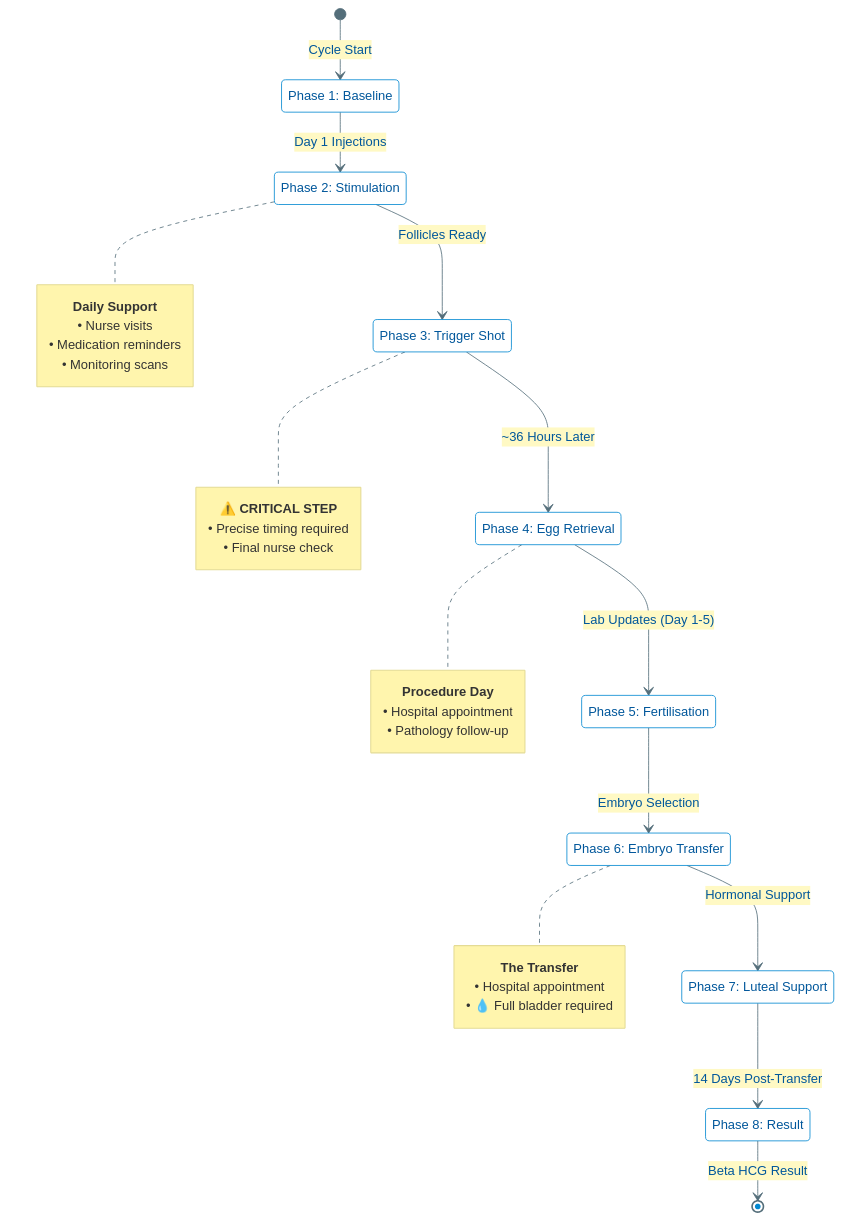
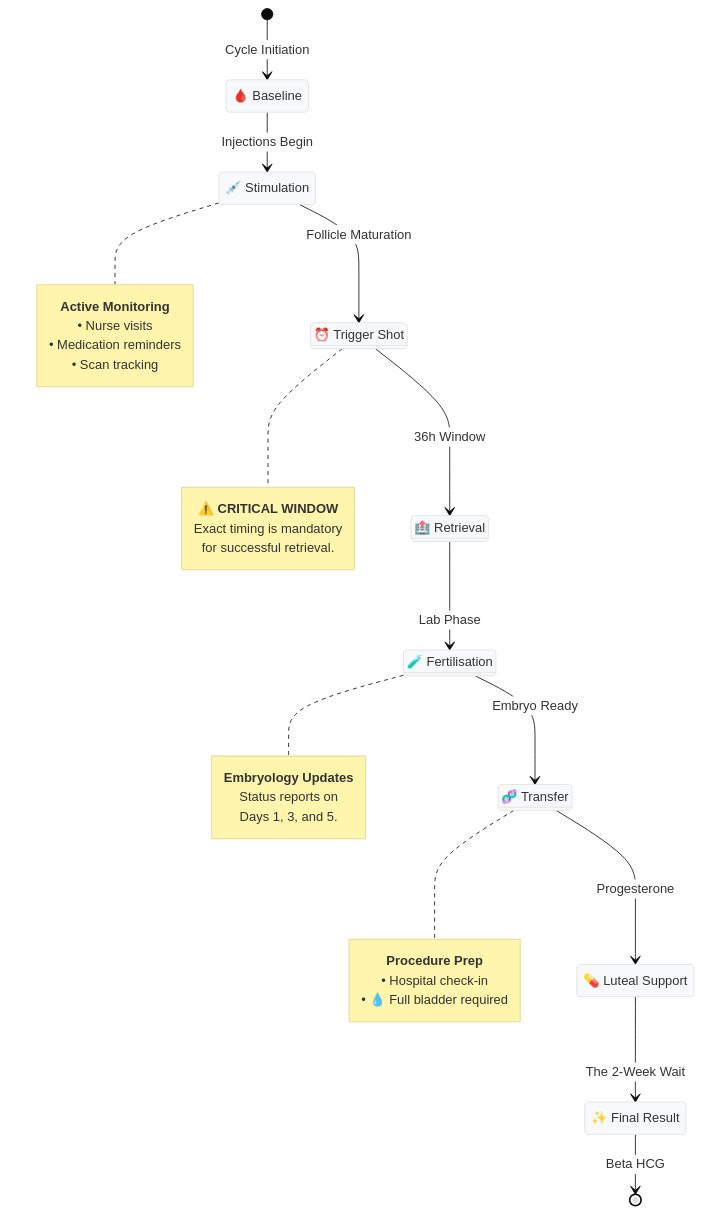
Before and after one commit to khaiwalVikrant/ivf-care-platform: the second of 5 diagrams in README.md, drawn with Mermaid.

Commit message:
fix: update readme.md related to ivf cycle stage

````diff
--- a/README.md
+++ b/README.md
@@ -69,66 +69,65 @@
 ```mermaid
 %%{init: {
   'theme': 'base',
   'themeVariables': {
-    'primaryColor': '#e1f5fe',
-    'primaryTextColor': '#01579b',
-    'primaryBorderColor': '#0288d1',
-    'lineColor': '#546e7a',
-    'secondaryColor': '#fff9c4',
-    'tertiaryColor': '#eceff1',
-    'mainBkg': '#ffffff',
-    'nodeBorder': '#0288d1'
+    'primaryColor': '#f8f9fa',
+    'edgeLabelBackground':'#ffffff',
+    'tertiaryColor': '#fdfdfe'
   }
 } }%%
 
 stateDiagram-v2
     direction TB
 
-    state "Phase 1: Baseline" as Baseline
-    state "Phase 2: Stimulation" as Stimulation
-    state "Phase 3: Trigger Shot" as Trigger
-    state "Phase 4: Egg Retrieval" as Retrieval
-    state "Phase 5: Fertilisation" as Fertilisation
-    state "Phase 6: Embryo Transfer" as Transfer
-    state "Phase 7: Luteal Support" as LutealSupport
-    state "Phase 8: Result" as PregnancyTest
+    %% Global Styling
+    classDef critical fill:#fff3e0,stroke:#ef6c00,stroke-width:2px,color:#e65100,font-weight:bold
+    classDef medical fill:#e3f2fd,stroke:#1565c0,stroke-width:2px,color:#0d47a1
+    classDef lab fill:#f3e5f5,stroke:#7b1fa2,stroke-width:2px,color:#4a148c
 
-    [*] --> Baseline: Cycle Start
+    state "🩸 Baseline" as Baseline
+    state "💉 Stimulation" as Stimulation
+    state "⏰ Trigger Shot" as Trigger :::critical
+    state "🏥 Retrieval" as Retrieval :::medical
+    state "🧪 Fertilisation" as Fertilisation :::lab
+    state "🧬 Transfer" as Transfer :::medical
+    state "💊 Luteal Support" as LutealSupport
+    state "✨ Final Result" as PregnancyTest
+
+    [*] --> Baseline: Cycle Initiation
     
-    Baseline --> Stimulation: Day 1 Injections
+    Baseline --> Stimulation: Injections Begin
     note right of Stimulation
-        <b>Daily Support</b>
+        <b>Active Monitoring</b>
         • Nurse visits
         • Medication reminders
-        • Monitoring scans
+        • Scan tracking
     end note
 
-    Stimulation --> Trigger: Follicles Ready
+    Stimulation --> Trigger: Follicle Maturation
     note right of Trigger
-        <b>⚠️ CRITICAL STEP</b>
-        • Precise timing required
-        • Final nurse check
+        <b>⚠️ CRITICAL WINDOW</b>
+        Exact timing is mandatory 
+        for successful retrieval.
     end note
 
-    Trigger --> Retrieval: ~36 Hours Later
-    note right of Retrieval
-        <b>Procedure Day</b>
-        • Hospital appointment
-        • Pathology follow-up
+    Trigger --> Retrieval: 36h Window
+    
+    Retrieval --> Fertilisation: Lab Phase
+    note right of Fertilisation
+        <b>Embryology Updates</b>
+        Status reports on 
+        Days 1, 3, and 5.
     end note
 
-    Retrieval --> Fertilisation: Lab Updates (Day 1-5)
-    
-    Fertilisation --> Transfer: Embryo Selection
+    Fertilisation --> Transfer: Embryo Ready
     note right of Transfer
-        <b>The Transfer</b>
-        • Hospital appointment
+        <b>Procedure Prep</b>
+        • Hospital check-in
         • 💧 Full bladder required
     end note
 
-    Transfer --> LutealSupport: Hormonal Support
+    Transfer --> LutealSupport: Progesterone
+    LutealSupport --> PregnancyTest: The 2-Week Wait
     
-    LutealSupport --> PregnancyTest: 14 Days Post-Transfer
-    
-    PregnancyTest --> [*]: Beta HCG Result
+    PregnancyTest --> [*]: Beta HCG
 ```
````
